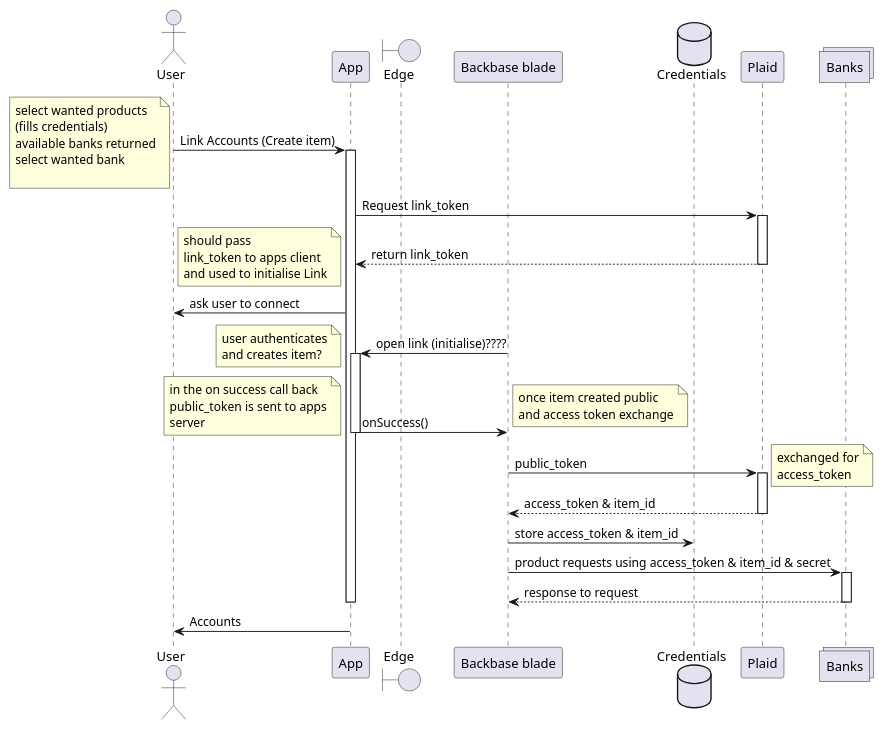
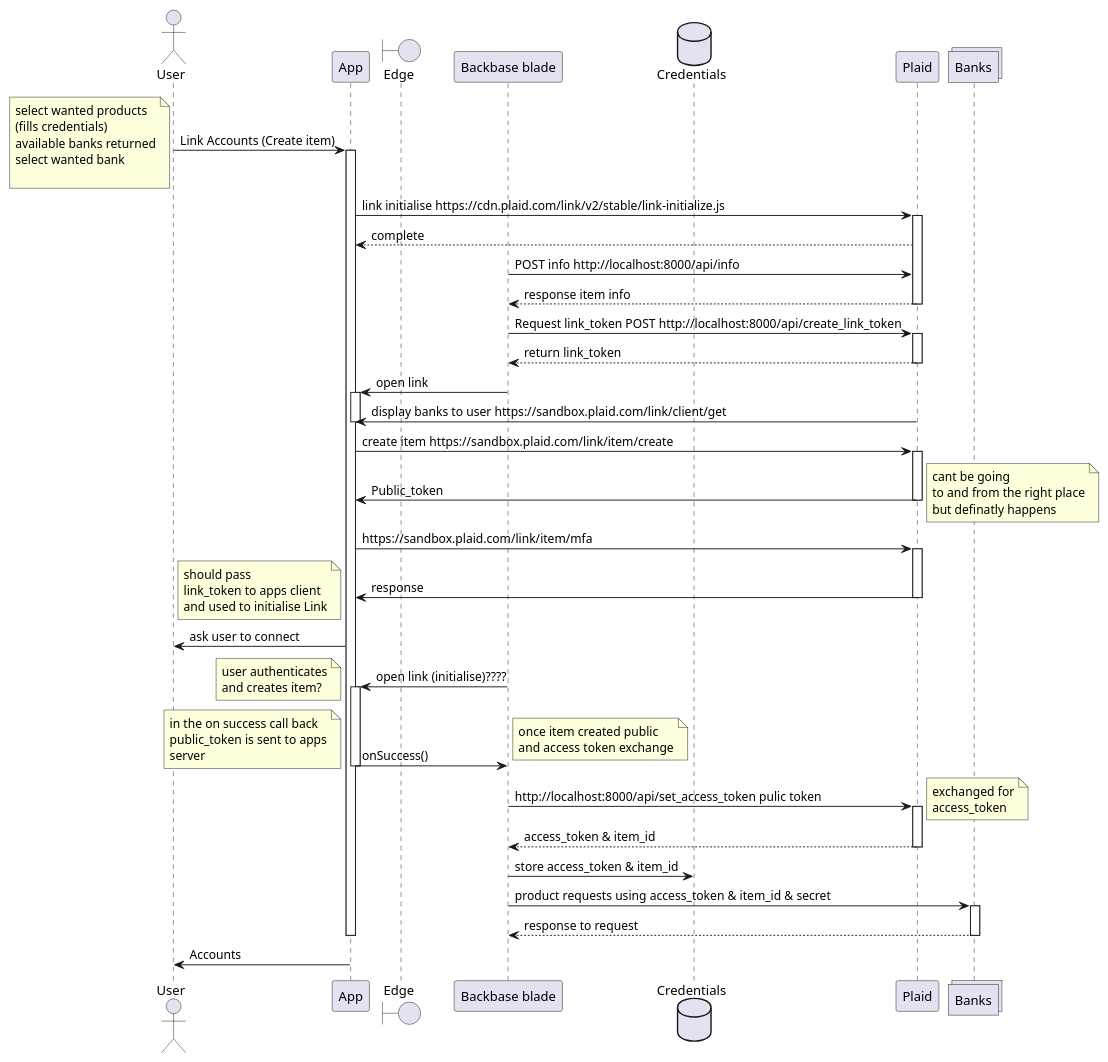
One commit to fnxpt/backbase-plaid changed the diagram in docs/plaid.puml. Above: the diagram before and after it, drawn with PlantUML.

Commit message:
put in some urls, not sure if the start and end points are right

```diff
--- a/docs/plaid.puml
+++ b/docs/plaid.puml
@@ -1,74 +1,98 @@
 @startuml
 
 
 actor User as U
 participant App as A
 boundary Edge as E
 participant "Backbase blade" as BB
 database Credentials as C
 participant Plaid as P
 collections Banks
 
 
 U -> A: Link Accounts (Create item)
 note left
 select wanted products
 (fills credentials)
 available banks returned
 select wanted bank
 
 end note
 activate A
+A -> P: link initialise https://cdn.plaid.com/link/v2/stable/link-initialize.js
+activate P
+P-->A: complete
+BB->P:POST info http://localhost:8000/api/info
+P-->BB: response item info
 
-A->P: Request link_token
+deactivate
+BB->P: Request link_token POST http://localhost:8000/api/create_link_token
 activate P
-P-->A:return link_token
+P-->BB:return link_token
+deactivate P
+BB->A: open link
+activate A
+P->A: display banks to user https://sandbox.plaid.com/link/client/get
+deactivate A
+A->P:create item https://sandbox.plaid.com/link/item/create
+activate P
+P-> A : Public_token
+note right
+cant be going
+to and from the right place
+but definatly happens
+end note
+deactivate P
+A->P:https://sandbox.plaid.com/link/item/mfa
+activate P
+P->A:response
 deactivate P
 
 note left
 should pass
 link_token to apps client
 and used to initialise Link
 end note
 A->U: ask user to connect
 BB->A:open link (initialise)????
 activate A
 
 note left
 user authenticates
 and creates item?
 end note
 
 A->BB:onSuccess()
 note right
 once item created public
 and access token exchange
 end note
 deactivate A
 
 note left
 in the on success call back
 public_token is sent to apps
 server
 end note
+BB->P:http://localhost:8000/api/set_access_token pulic token
 
-BB->P: public_token
 activate P
 
 note right
 exchanged for
 access_token
 end note
+
 
 P-->BB: access_token & item_id
 deactivate P
 
 BB->C: store access_token & item_id
 BB->Banks:product requests using access_token & item_id & secret
 activate Banks
 Banks--> BB: response to request
 deactivate Banks
 deactivate A
 A -> U: Accounts
 
 @enduml
```
